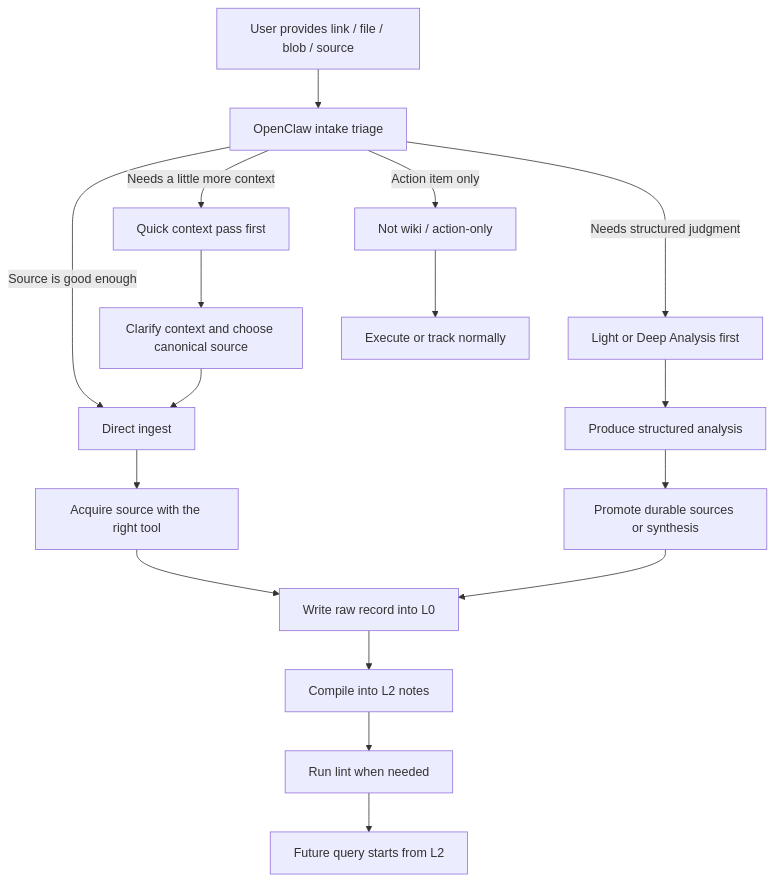
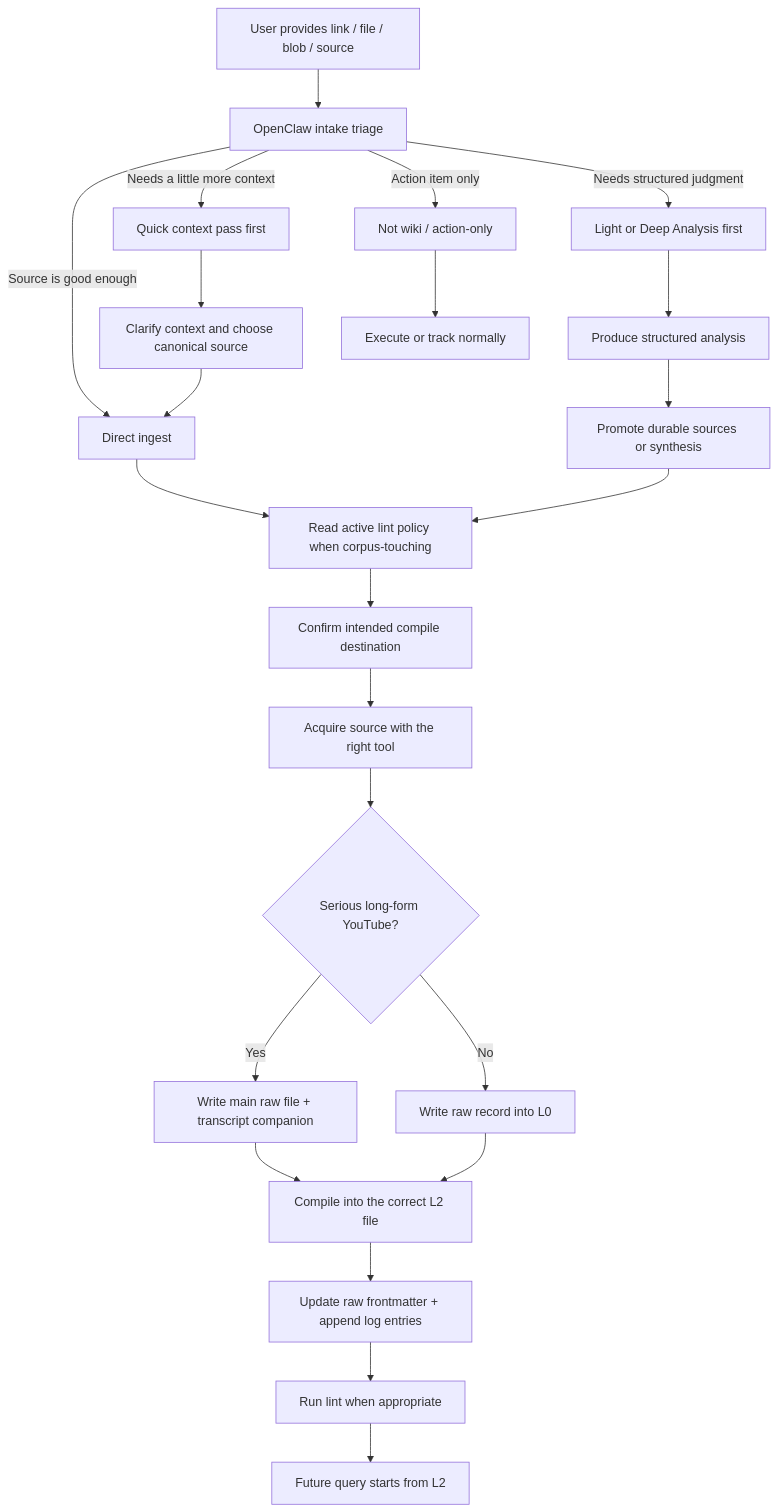
The third of 4 diagrams in README.md (johanesalxd/llm-wiki), drawn with Mermaid before and after one commit. The commit also changed other lines of this file, not shown here.

Commit message:
docs: clarify llm-wiki README execution flow

````diff
--- a/README.md
+++ b/README.md
@@ -237,24 +237,30 @@
 ```mermaid
 flowchart TD
     A[User provides link / file / blob / source] --> B[OpenClaw intake triage]
 
     B -->|Source is good enough| C[Direct ingest]
     B -->|Needs a little more context| D[Quick context pass first]
     B -->|Needs structured judgment| E[Light or Deep Analysis first]
     B -->|Action item only| F[Not wiki / action-only]
 
-    C --> G[Acquire source with the right tool]
-    G --> H[Write raw record into L0]
-    H --> I[Compile into L2 notes]
-    I --> J[Run lint when needed]
-    J --> K[Future query starts from L2]
+    C --> G[Read active lint policy when corpus-touching]
+    G --> H[Confirm intended compile destination]
+    H --> I[Acquire source with the right tool]
+    I --> J{Serious long-form YouTube?}
+    J -->|Yes| K[Write main raw file + transcript companion]
+    J -->|No| L[Write raw record into L0]
+    K --> M[Compile into the correct L2 file]
+    L --> M
+    M --> N[Update raw frontmatter + append log entries]
+    N --> O[Run lint when appropriate]
+    O --> P[Future query starts from L2]
 
-    D --> L[Clarify context and choose canonical source]
-    L --> C
+    D --> Q[Clarify context and choose canonical source]
+    Q --> C
 
-    E --> M[Produce structured analysis]
-    M --> N[Promote durable sources or synthesis]
-    N --> H
+    E --> R[Produce structured analysis]
+    R --> S[Promote durable sources or synthesis]
+    S --> G
 
-    F --> O[Execute or track normally]
+    F --> T[Execute or track normally]
 ```
````
